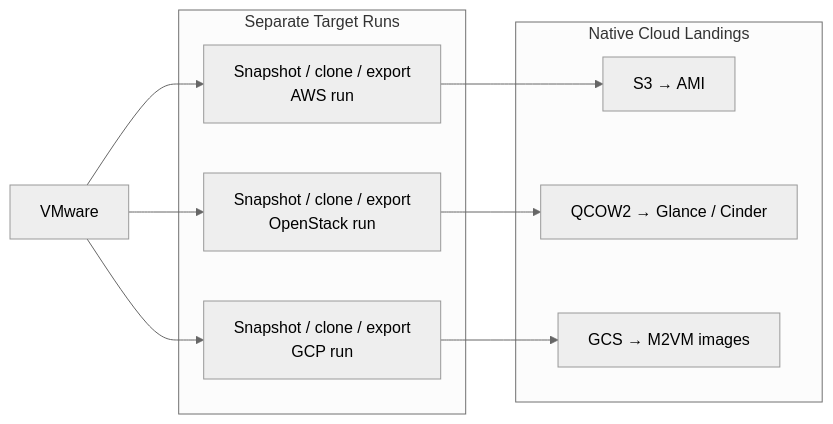
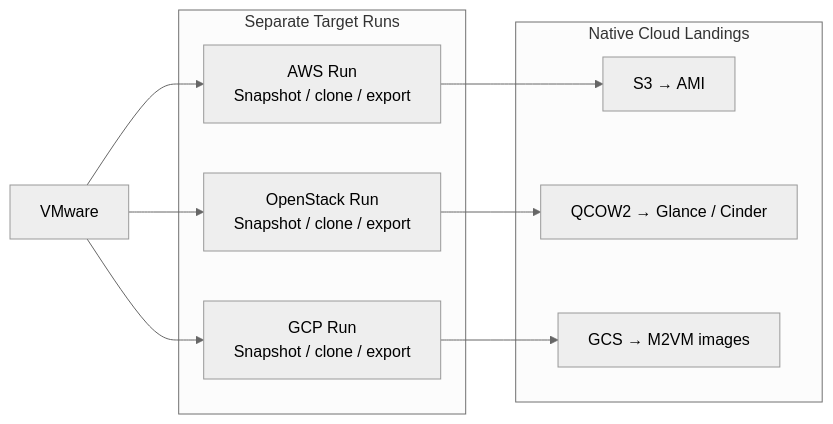
One commit to jjbailey/migrate-vmware changed the diagram in doc/workflow.md. Above: the diagram before and after it, drawn with Mermaid (neutral theme).

````diff
--- a/doc/workflow.md
+++ b/doc/workflow.md
@@ -18,20 +18,20 @@
 ```mermaid
 flowchart LR
     VM["VMware"]
 
     subgraph RUNS["Separate Target Runs"]
-        AWSRUN["Snapshot / clone / export<br/>AWS run"]
-        OSRUN["Snapshot / clone / export<br/>OpenStack run"]
-        GCPRUN["Snapshot / clone / export<br/>GCP run"]
+        AWSRUN["AWS Run<br/>Snapshot / clone / export"]
+        OSRUN["OpenStack Run<br/>Snapshot / clone / export"]
+        GCPRUN["GCP Run<br/>Snapshot / clone / export"]
     end
 
     subgraph LANDINGS["Native Cloud Landings"]
         AWS["S3 → AMI"]
         OS["QCOW2 → Glance / Cinder"]
         GCP["GCS → M2VM images"]
     end
 
     VM --> AWSRUN --> AWS
     VM --> OSRUN --> OS
     VM --> GCPRUN --> GCP
 ```
````
